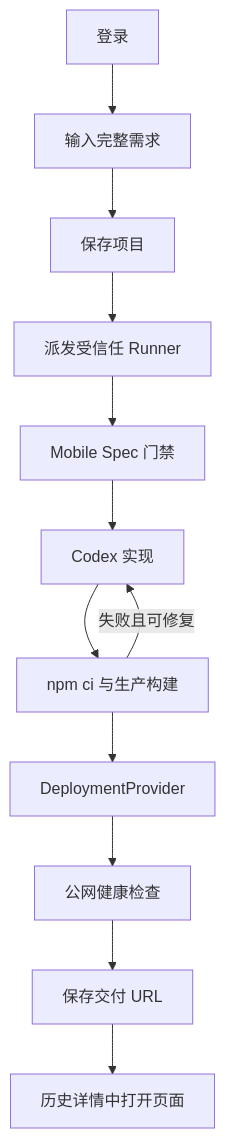
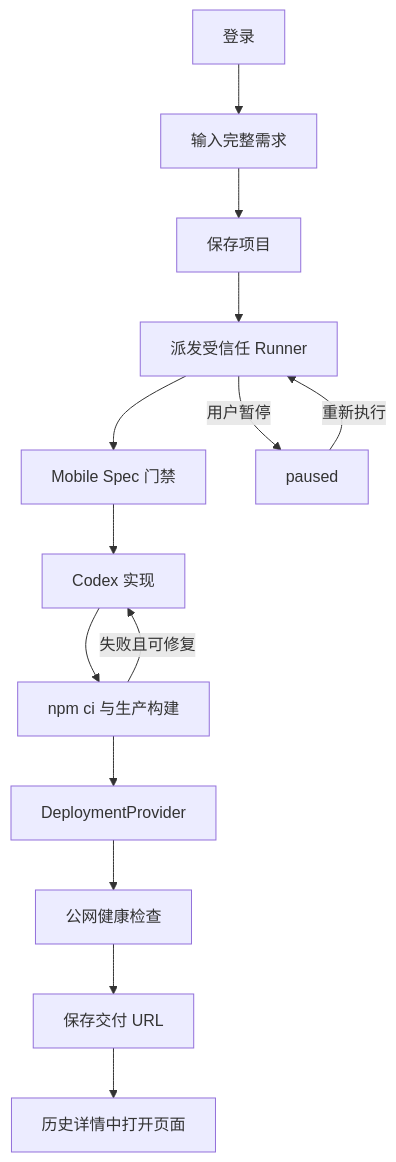
Before and after one commit to JonasQiu/mobile-app-build: the diagram in docs/MVP产品说明.md, drawn with Mermaid. The commit also changed other lines of this file and 26 other files, not shown here.

````diff
--- a/docs/MVP产品说明.md
+++ b/docs/MVP产品说明.md
@@ -11,14 +11,16 @@
 ```mermaid
 flowchart TD
   A[登录] --> B[输入完整需求]
   B --> C[保存项目]
   C --> D[派发受信任 Runner]
   D --> E[Mobile Spec 门禁]
+  D -->|用户暂停| L[paused]
+  L -->|重新执行| D
   E --> F[Codex 实现]
   F --> G[npm ci 与生产构建]
   G -->|失败且可修复| F
   G --> H[DeploymentProvider]
   H --> I[公网健康检查]
   I --> J[保存交付 URL]
   J --> K[历史详情中打开页面]
 ```
````
